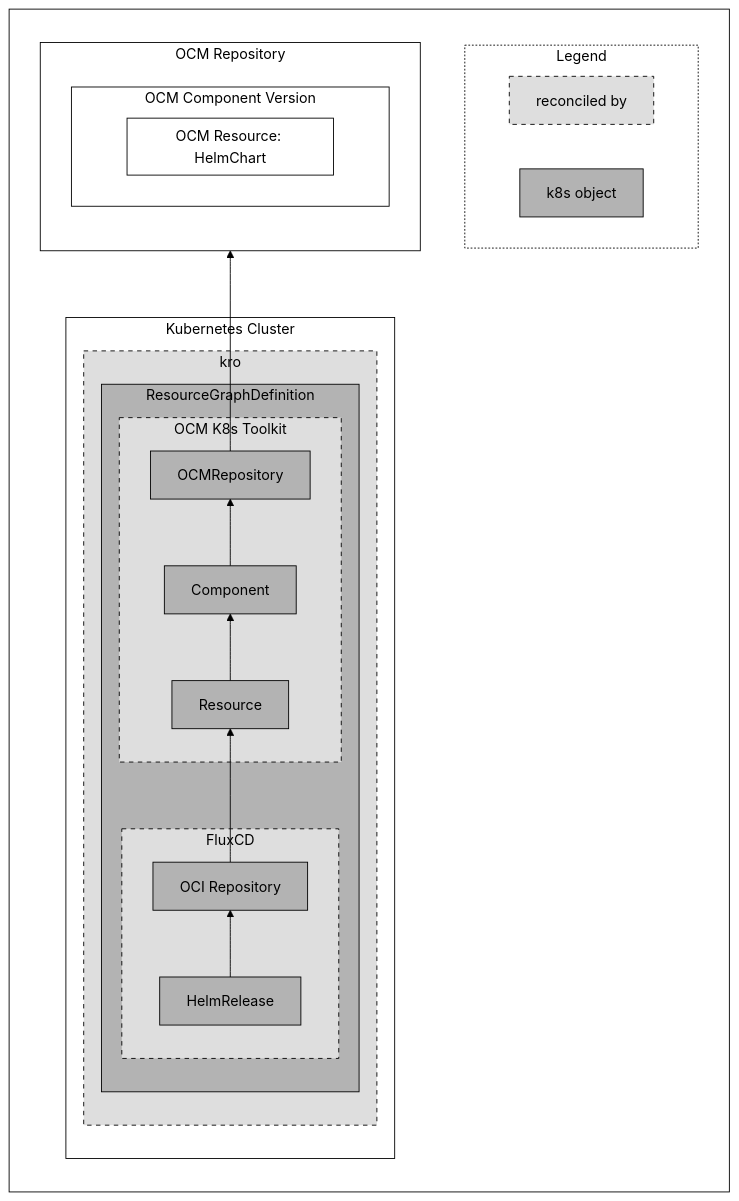
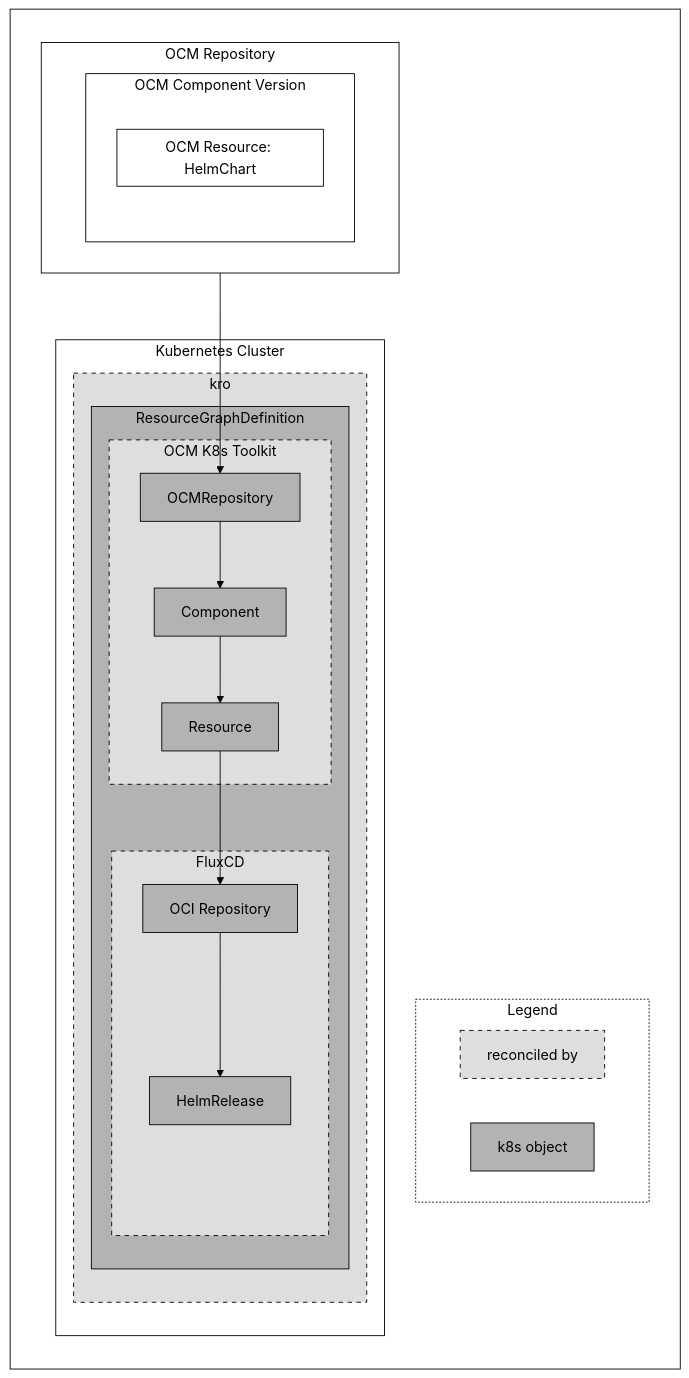
One commit to open-component-model/ocm-k8s-toolkit changed the diagram in README.md. Above: the diagram before and after it, drawn with Mermaid (neutral theme). The commit also changed other lines of this file, not shown here.

````diff
--- a/README.md
+++ b/README.md
@@ -42,54 +43,54 @@
 ```mermaid
-flowchart BT
+flowchart TB
     classDef cluster fill:white,color:black,stroke:black;
     classDef reconciledBy fill:#dedede,stroke:black,stroke-dasharray: 5,color:black;
     classDef k8sObject fill:#b3b3b3,color:black,stroke:black;
     classDef ocm fill:white,stroke:black,color:black;
     classDef legendStyle fill:white,stroke:black,color:black,stroke-dasharray: 2;
 
     subgraph background[ ]
-        direction BT
+        direction TB
         subgraph legend[Legend]
             direction LR
             reconciledBy[reconciled by]
             object[k8s object]
         end
 
         subgraph ocmRepo[OCM Repository]
            subgraph ocmCV[OCM Component Version]
                subgraph ocmResource[OCM Resource: HelmChart]
                end
            end
         end
 
         subgraph k8sCluster[Kubernetes Cluster]
             subgraph kro[kro]
                 subgraph rgd[ResourceGraphDefinition]
                     subgraph ocmK8sToolkit[OCM K8s Toolkit]
                         k8sRepo[OCMRepository]
                         k8sComponent[Component]
                         k8sResource[Resource]
                     end
                     subgraph fluxCD[FluxCD]
                         source[OCI Repository]
                         deployment[HelmRelease]
                     end
                 end
             end
         end
 
-        k8sRepo --> ocmRepo
-        k8sComponent --> k8sRepo
-        k8sResource --> k8sComponent
-        source --> k8sResource
-        deployment --> source
+        ocmRepo --> k8sRepo
+        k8sRepo --> k8sComponent
+        k8sComponent --> k8sResource
+        k8sResource --> source
+        source --> deployment
     end
 
     linkStyle default fill:none,stroke:black;
 
     class reconciledBy,ocmK8sToolkit,fluxCD,kro reconciledBy;
     class object,rgd,k8sRepo,k8sComponent,k8sResource,source,deployment k8sObject;
     class ocmRepo,ocmCV,ocmResource ocm;
     class k8sCluster cluster;
     class legend legendStyle;
 ```
````
